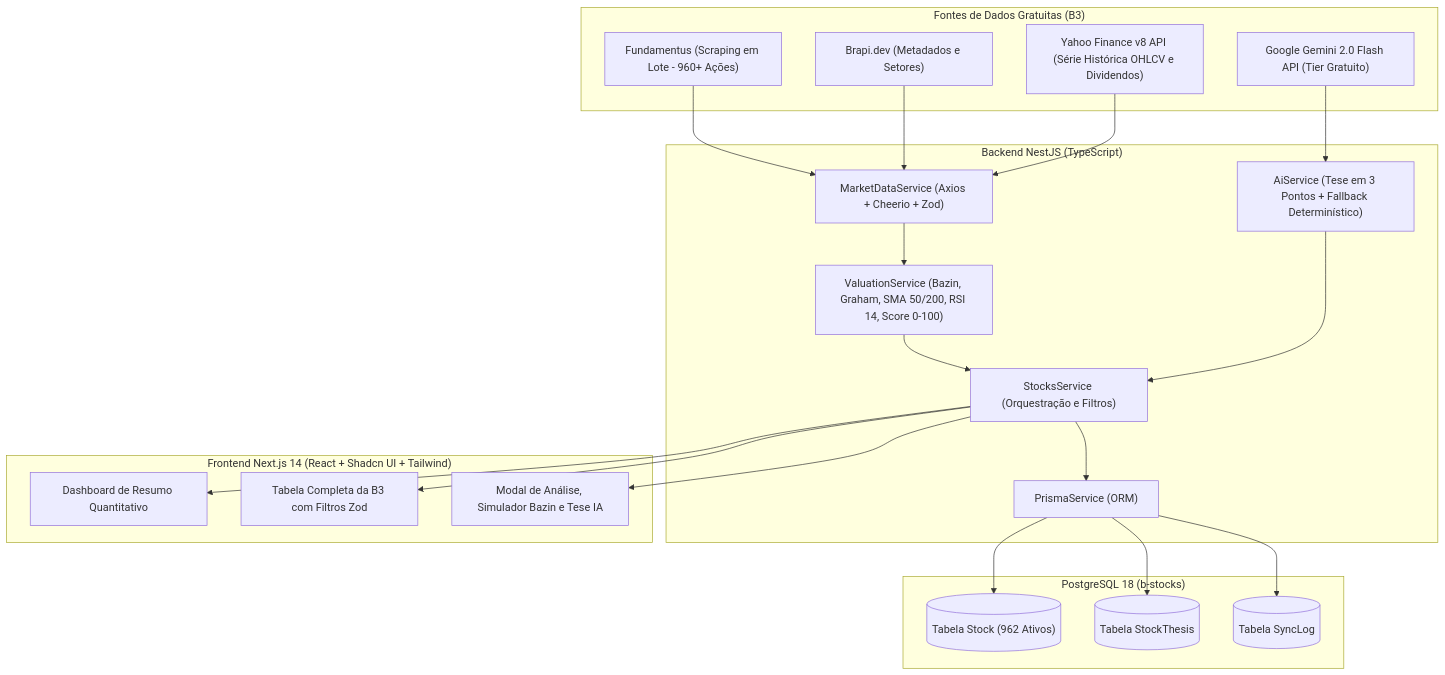
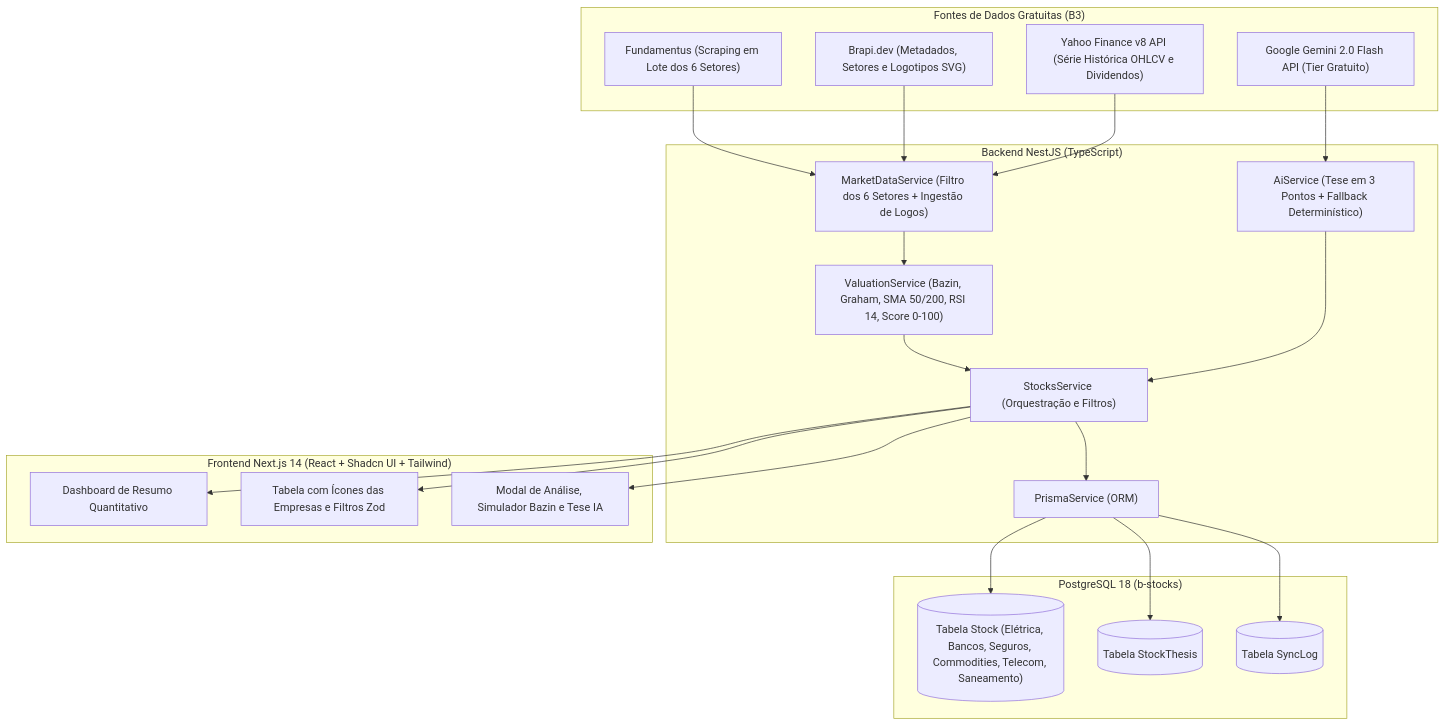
One commit to AndreRuperto/B-Stocks changed the diagram in docs/ARCHITECTURE.md. Above: the diagram before and after it, drawn with Mermaid. The commit also changed other lines of this file, not shown here.

Commit message:
docs: document sector filtering rules and logo asset pipeline in architecture

````diff
--- a/docs/ARCHITECTURE.md
+++ b/docs/ARCHITECTURE.md
@@ -7,38 +7,38 @@
 ```mermaid
 flowchart TD
     subgraph Sources["Fontes de Dados Gratuitas (B3)"]
-        Fundamentus["Fundamentus (Scraping em Lote - 960+ Ações)"]
-        Brapi["Brapi.dev (Metadados e Setores)"]
+        Fundamentus["Fundamentus (Scraping em Lote dos 6 Setores)"]
+        Brapi["Brapi.dev (Metadados, Setores e Logotipos SVG)"]
         Yahoo["Yahoo Finance v8 API (Série Histórica OHLCV e Dividendos)"]
         Gemini["Google Gemini 2.0 Flash API (Tier Gratuito)"]
     end
 
     subgraph Backend["Backend NestJS (TypeScript)"]
-        MarketData["MarketDataService (Axios + Cheerio + Zod)"]
+        MarketData["MarketDataService (Filtro dos 6 Setores + Ingestão de Logos)"]
         Valuation["ValuationService (Bazin, Graham, SMA 50/200, RSI 14, Score 0-100)"]
         AiService["AiService (Tese em 3 Pontos + Fallback Determinístico)"]
         StocksService["StocksService (Orquestração e Filtros)"]
         Prisma["PrismaService (ORM)"]
     end
 
     subgraph Database["PostgreSQL 18 (b-stocks)"]
-        StockTable[("Tabela Stock (962 Ativos)")]
+        StockTable[("Tabela Stock (Elétrica, Bancos, Seguros, Commodities, Telecom, Saneamento)")]
         ThesisTable[("Tabela StockThesis")]
         SyncLogTable[("Tabela SyncLog")]
     end
 
     subgraph Frontend["Frontend Next.js 14 (React + Shadcn UI + Tailwind)"]
         Dashboard["Dashboard de Resumo Quantitativo"]
-        RankingTable["Tabela Completa da B3 com Filtros Zod"]
+        RankingTable["Tabela com Ícones das Empresas e Filtros Zod"]
         Modal["Modal de Análise, Simulador Bazin e Tese IA"]
     end
 
     Fundamentus & Brapi & Yahoo --> MarketData
     MarketData --> Valuation
     Valuation --> StocksService
     Gemini --> AiService
     AiService --> StocksService
     StocksService --> Prisma
     Prisma --> StockTable & ThesisTable & SyncLogTable
     StocksService --> Dashboard & RankingTable & Modal
 ```
````
